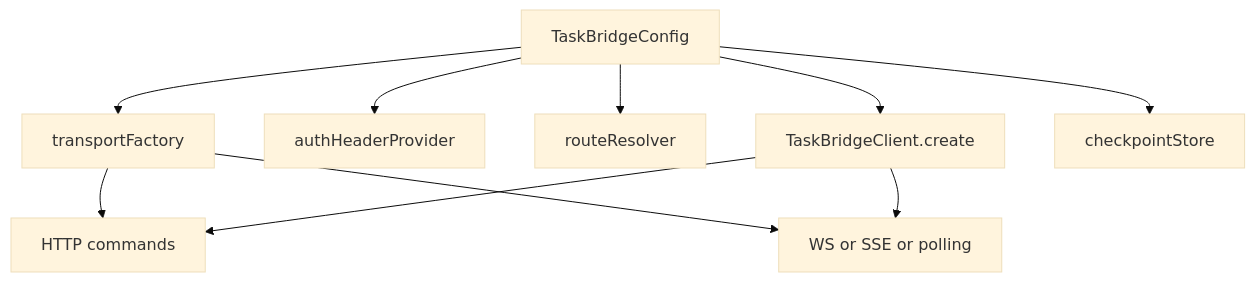
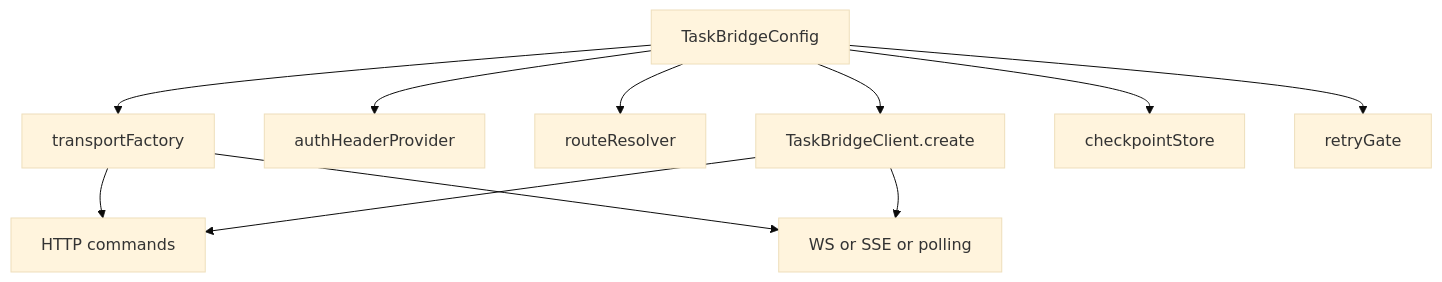
One commit to nikkiw/task-bridge changed the diagram in docs/android/client-config.md. Above: the diagram before and after it, drawn with Mermaid (base theme). The commit also changed other lines of this file and 10 other files, not shown here.

First line of the commit message:
feat(android): refactor retry logic to use suspending TransportRetryGate and AndroidConnectivityRetryGate (#12)

````diff
--- a/docs/android/client-config.md
+++ b/docs/android/client-config.md
@@ -262,12 +280,13 @@
 ```mermaid
 flowchart TD
     Config[TaskBridgeConfig] --> Client[TaskBridgeClient.create]
     Config --> Auth[authHeaderProvider]
     Config --> Routes[routeResolver]
     Config --> Transport[transportFactory]
     Config --> Store[checkpointStore]
+    Config --> Gate[retryGate]
     Transport --> Commands[HTTP commands]
     Transport --> Stream[WS or SSE or polling]
     Client --> Commands
     Client --> Stream
 ```
````
